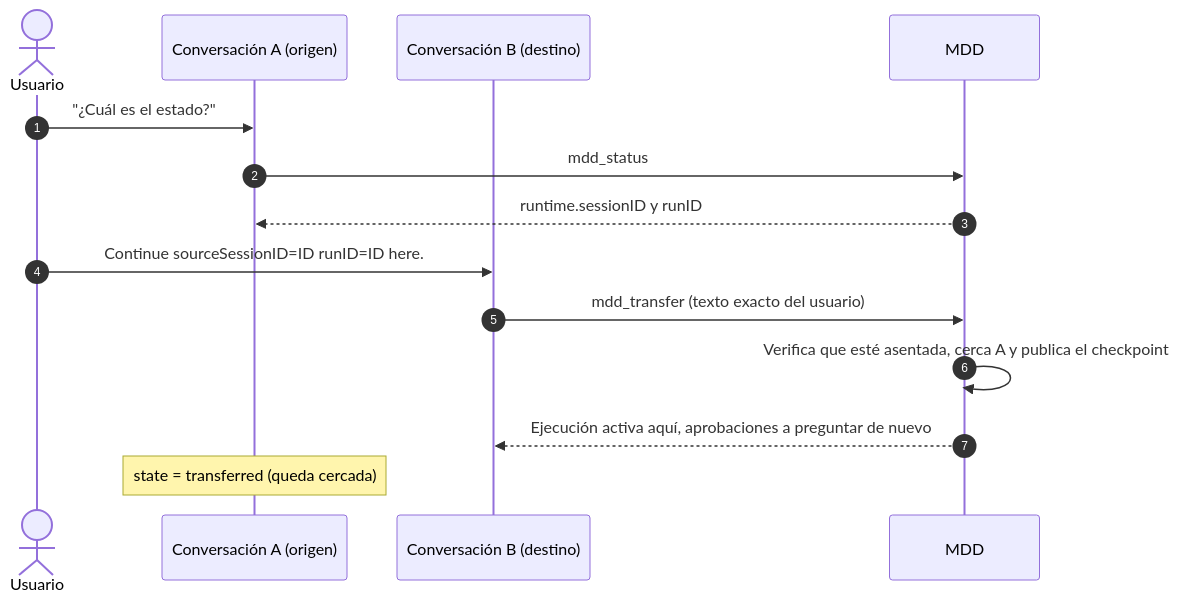
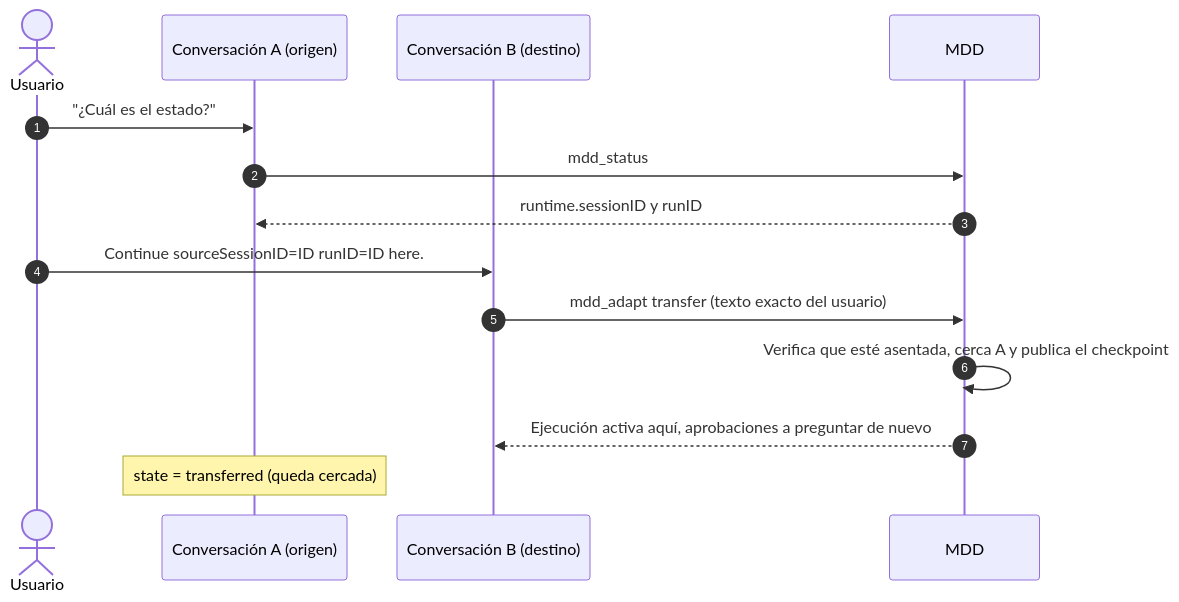
The ninth of 15 diagrams in README.md (vancinis/mdd-orchestrator), drawn with Mermaid before and after one commit. The commit also changed other lines of this file and 16 other files, not shown here.

````diff
--- a/README.md
+++ b/README.md
@@ -789,16 +668,16 @@
 ```mermaid
 sequenceDiagram
   autonumber
   actor U as Usuario
   participant A as Conversación A (origen)
   participant B as Conversación B (destino)
   participant M as MDD
   U->>A: "¿Cuál es el estado?"
   A->>M: mdd_status
   M-->>A: runtime.sessionID y runID
   U->>B: Continue sourceSessionID=ID runID=ID here.
-  B->>M: mdd_transfer (texto exacto del usuario)
+  B->>M: mdd_adapt transfer (texto exacto del usuario)
   M->>M: Verifica que esté asentada, cerca A y publica el checkpoint
   M-->>B: Ejecución activa aquí, aprobaciones a preguntar de nuevo
   Note over A: state = transferred (queda cercada)
 ```
````
